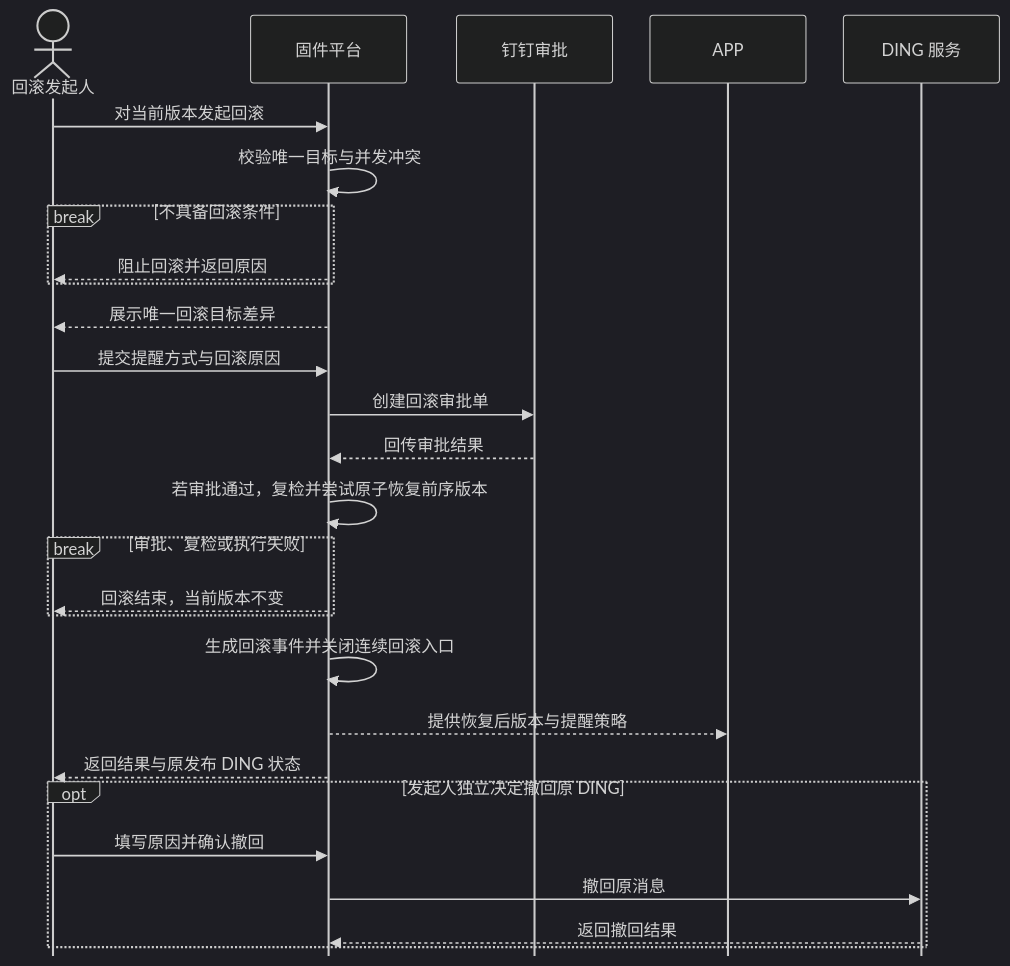
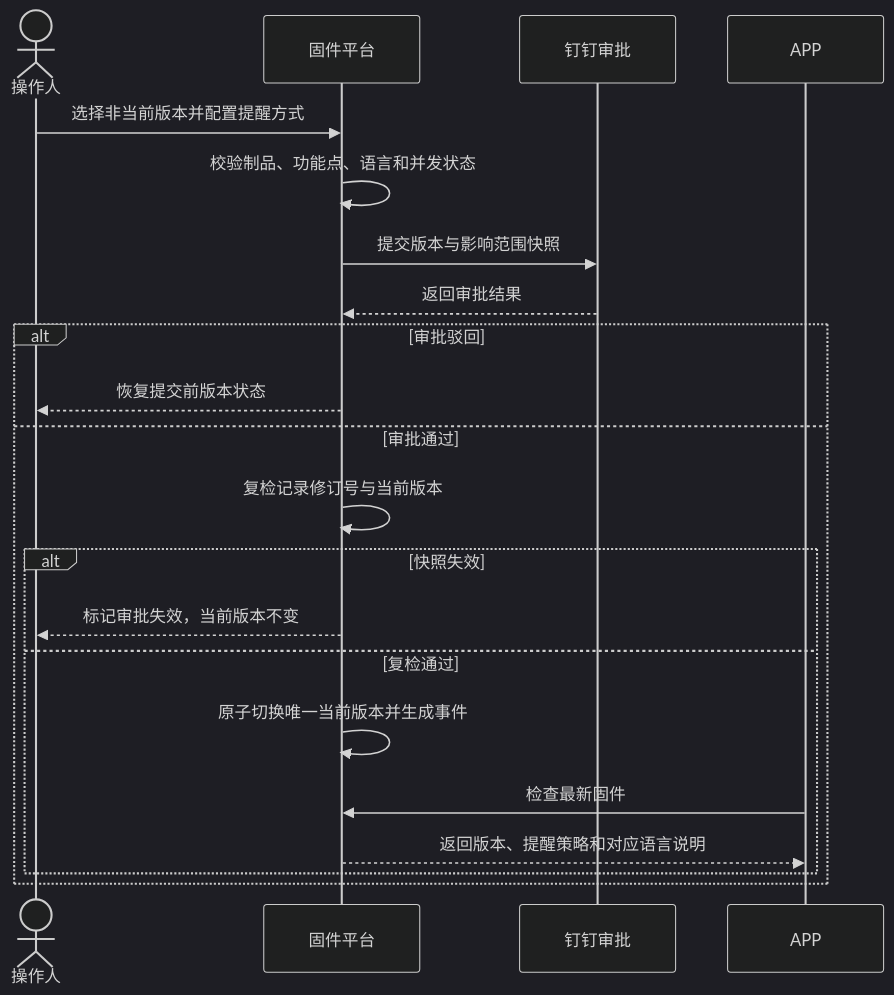
Before and after one commit to tangtangtang-tys/firmware-release-summary: the second of 5 diagrams in 产品文档/固件发布平台_本期迭代产品需求方案_V1.0.md, drawn with Mermaid (dark theme). The commit also changed other lines of this file and 38 other files, not shown here.

````diff
--- a/产品文档/固件发布平台_本期迭代产品需求方案_V1.0.md
+++ b/产品文档/固件发布平台_本期迭代产品需求方案_V1.0.md
@@ -319,34 +175,24 @@
 ```mermaid
-%%{init: {"sequence": {"diagramMarginY": 8, "actorMargin": 36, "messageMargin": 16, "noteMargin": 6, "boxMargin": 4, "mirrorActors": false}}}%%
 sequenceDiagram
-    actor initiator as 回滚发起人
+    actor operator as 操作人
     participant platform as 固件平台
     participant approval as 钉钉审批
     participant app as APP
-    participant ding as DING 服务
 
-    initiator->>platform: 对当前版本发起回滚
-    platform->>platform: 校验唯一目标与并发冲突
-    break 不具备回滚条件
-        platform-->>initiator: 阻止回滚并返回原因
-    end
-
-    platform-->>initiator: 展示唯一回滚目标差异
-    initiator->>platform: 提交提醒方式与回滚原因
-    platform->>approval: 创建回滚审批单
-    approval-->>platform: 回传审批结果
-    platform->>platform: 若审批通过，复检并尝试原子恢复前序版本
-    break 审批、复检或执行失败
-        platform-->>initiator: 回滚结束，当前版本不变
-    end
-
-    platform->>platform: 生成回滚事件并关闭连续回滚入口
-    platform-->>app: 提供恢复后版本与提醒策略
-    platform-->>initiator: 返回结果与原发布 DING 状态
-
-    opt 发起人独立决定撤回原 DING
-        initiator->>platform: 填写原因并确认撤回
-        platform->>ding: 撤回原消息
-        ding-->>platform: 返回撤回结果
+    operator->>platform: 选择非当前版本并配置提醒方式
+    platform->>platform: 校验制品、功能点、语言和并发状态
+    platform->>approval: 提交版本与影响范围快照
+    approval-->>platform: 返回审批结果
+    alt 审批驳回
+        platform-->>operator: 恢复提交前版本状态
+    else 审批通过
+        platform->>platform: 复检记录修订号与当前版本
+        alt 快照失效
+            platform-->>operator: 标记审批失效，当前版本不变
+        else 复检通过
+            platform->>platform: 原子切换唯一当前版本并生成事件
+            app->>platform: 检查最新固件
+            platform-->>app: 返回版本、提醒策略和对应语言说明
+        end
     end
 ```
````
